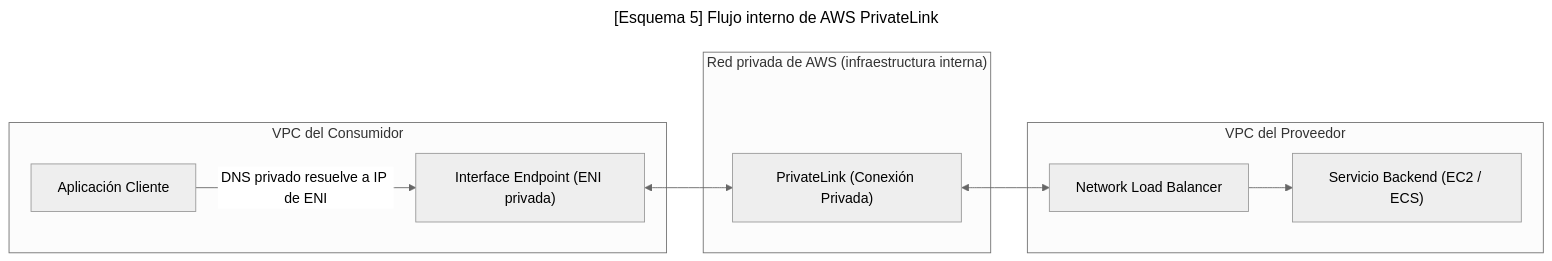
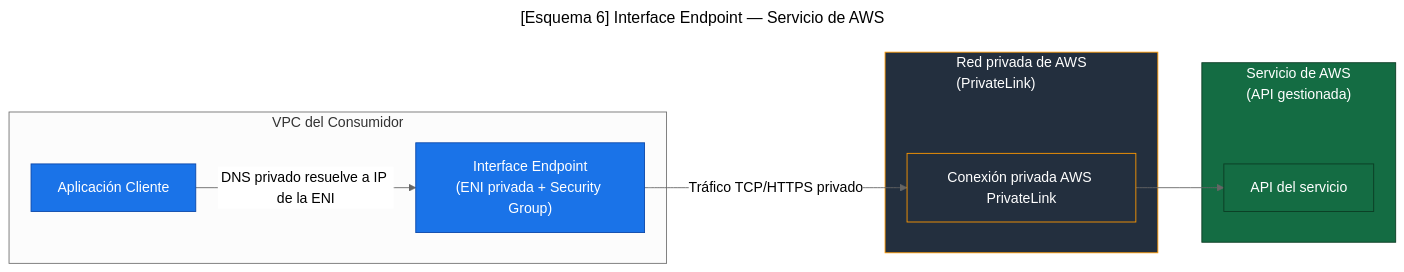
The sixth of 7 diagrams in SAA-C03/es/3. VPC - Virtual Private Cloud.md (Marcos-SA-git/AWS-Certifications), drawn with Mermaid (neutral theme) before and after one commit. The commit also changed other lines of this file, not shown here.

Commit message:
Better structure for VPC Endpoints

````diff
--- a/SAA-C03/es/3. VPC - Virtual Private Cloud.md
+++ b/SAA-C03/es/3. VPC - Virtual Private Cloud.md
@@ -436,25 +515,39 @@
 ```mermaid
 ---
-title: "[Esquema 5] Flujo interno de AWS PrivateLink"
+title: "[Esquema 6] Interface Endpoint — Servicio de AWS"
 ---
 flowchart LR
+
+    %% =============== VPC del Consumidor ===============
     subgraph Consumer["VPC del Consumidor"]
         App["Aplicación Cliente"]
-        IE["Interface Endpoint (ENI privada)"]
-        App -->|"DNS privado resuelve a IP de ENI"| IE
+        IE["Interface Endpoint<br/>(ENI privada + Security Group)"]
+        App -->|"DNS privado resuelve a IP de la ENI"| IE
     end
 
-    subgraph AWS_Backbone["Red privada de AWS (infraestructura interna)"]
-        Dummy1[" "]
-        style Dummy1 fill:none,stroke:none
-        PL["PrivateLink (Conexión Privada)"]
+    %% =============== Red interna de AWS ===============
+    subgraph AWS_Backbone["Red privada de AWS<br>(PrivateLink)"]
+        Dummy[" "] 
+        style Dummy fill:none,stroke:none
+        PL["Conexión privada AWS PrivateLink"]
     end
 
-    subgraph Provider["VPC del Proveedor"]
-        NLB["Network Load Balancer"]
-        EC2["Servicio Backend (EC2 / ECS)"]
-        NLB --> EC2
+    %% =============== Servicio de AWS ==================
+    subgraph AWS_Service["Servicio de AWS<br>(API gestionada)"]
+        Dummy2[" "] 
+        style Dummy2 fill:none,stroke:none
+        API["API del servicio"]
     end
 
-    IE <--> PL <--> NLB
+    %% ================== Flujo =========================
+    IE -->|"Tráfico TCP/HTTPS privado"| PL --> API
+
+    %% ================== Estilos =======================
+    classDef consumer fill:#1a73e8,stroke:#0a47a9,color:#fff;
+    classDef aws fill:#232f3e,stroke:#ff9900,stroke-width:1px,color:#fff;
+    classDef service fill:#146c43,stroke:#0b3b23,color:#fff;
+
+    class App,IE consumer;
+    class PL,AWS_Backbone aws;
+    class API,AWS_Service service;
 ```
````
